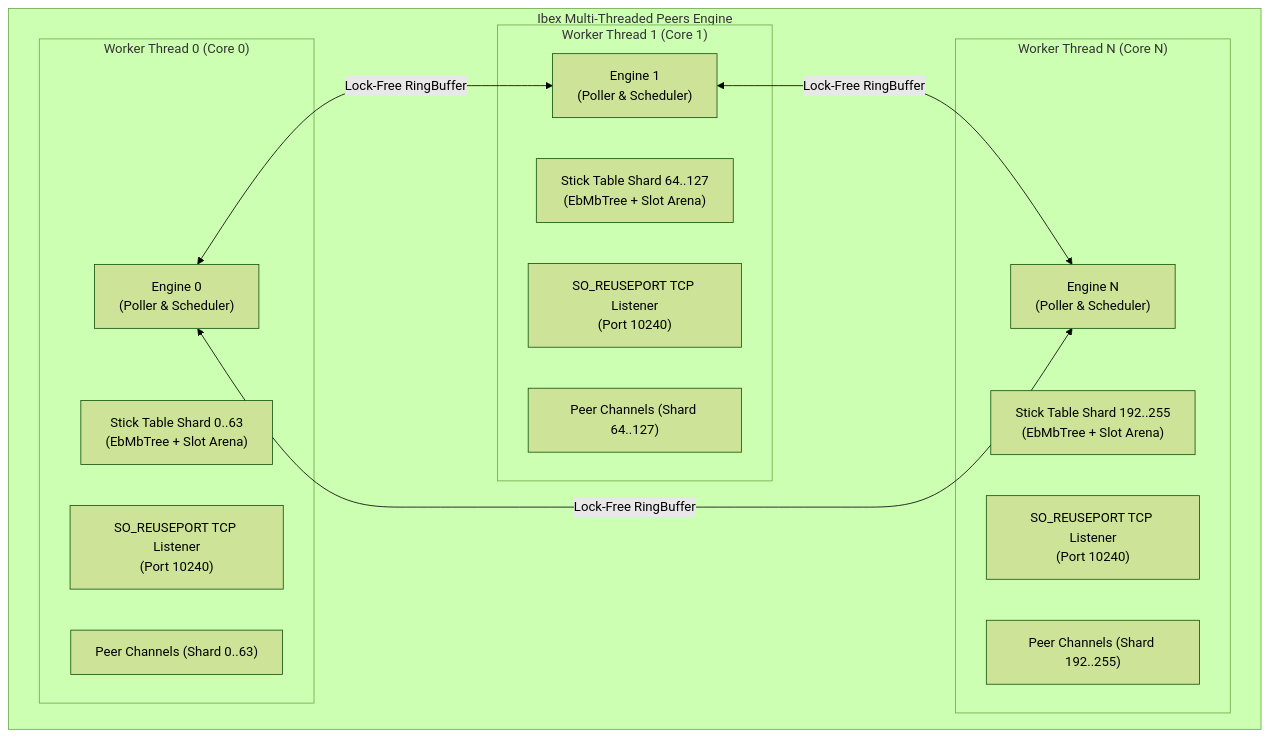
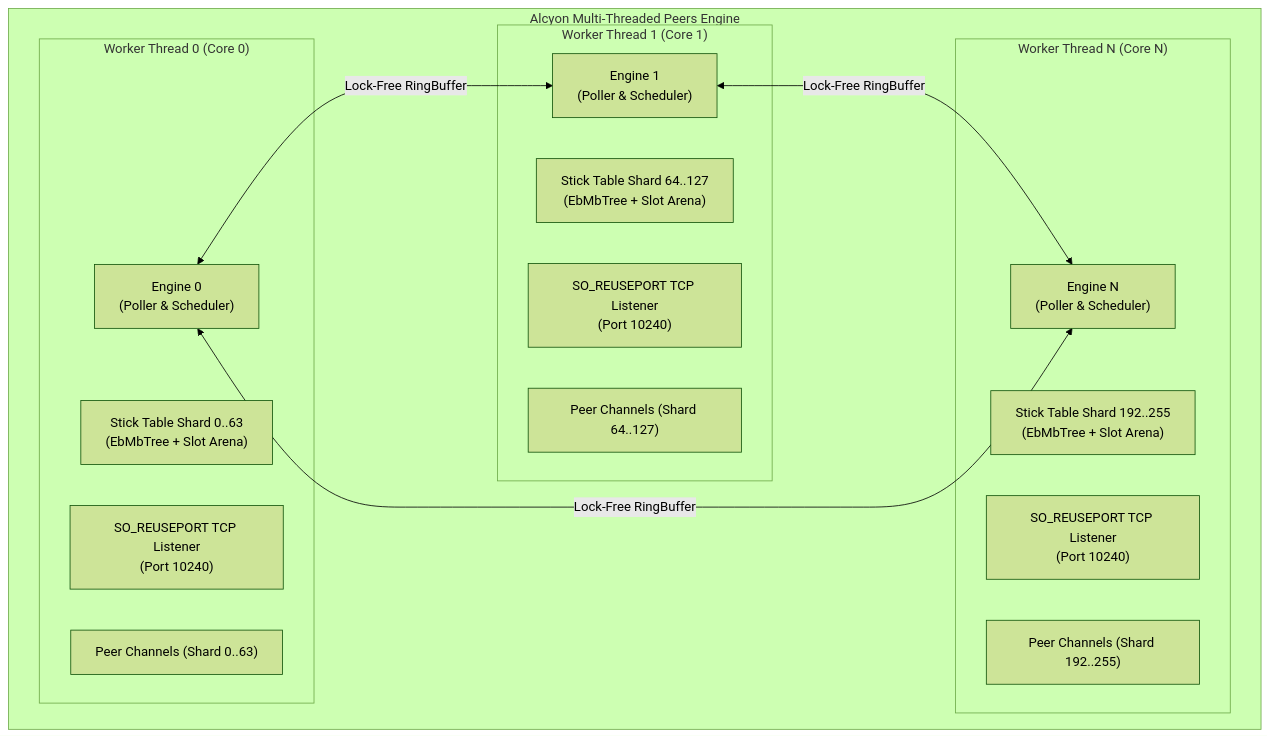
One commit to brhenc/alcyon-lb changed the second of 4 diagrams in docs/research/multithreaded-peers.md. Above: the diagram before and after it, drawn with Mermaid (forest theme). The commit also changed other lines of this file and 2710 other files, not shown here.

First line of the commit message:
Rename Ibex to Alcyon (project alcyon-lb)

````diff
--- a/docs/research/multithreaded-peers.md
+++ b/docs/research/multithreaded-peers.md
@@ -219,29 +219,29 @@
 ```mermaid
 flowchart TD
-    subgraph "Ibex Multi-Threaded Peers Engine"
+    subgraph "Alcyon Multi-Threaded Peers Engine"
         subgraph "Worker Thread 0 (Core 0)"
             E0["Engine 0\n(Poller & Scheduler)"]
             S0["Stick Table Shard 0..63\n(EbMbTree + Slot Arena)"]
             SO0["SO_REUSEPORT TCP Listener\n(Port 10240)"]
             PC0["Peer Channels (Shard 0..63)"]
         end
 
         subgraph "Worker Thread 1 (Core 1)"
             E1["Engine 1\n(Poller & Scheduler)"]
             S1["Stick Table Shard 64..127\n(EbMbTree + Slot Arena)"]
             SO1["SO_REUSEPORT TCP Listener\n(Port 10240)"]
             PC1["Peer Channels (Shard 64..127)"]
         end
 
         subgraph "Worker Thread N (Core N)"
             EN["Engine N\n(Poller & Scheduler)"]
             SN["Stick Table Shard 192..255\n(EbMbTree + Slot Arena)"]
             SON["SO_REUSEPORT TCP Listener\n(Port 10240)"]
             PCN["Peer Channels (Shard 192..255)"]
         end
 
         E0 <-->|Lock-Free RingBuffer| E1
         E1 <-->|Lock-Free RingBuffer| EN
         E0 <-->|Lock-Free RingBuffer| EN
     end
 ```
````
